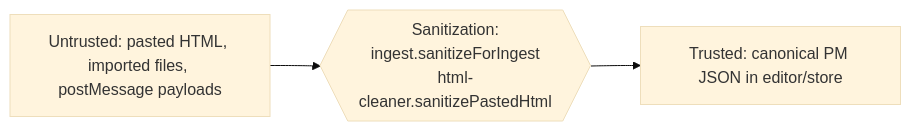
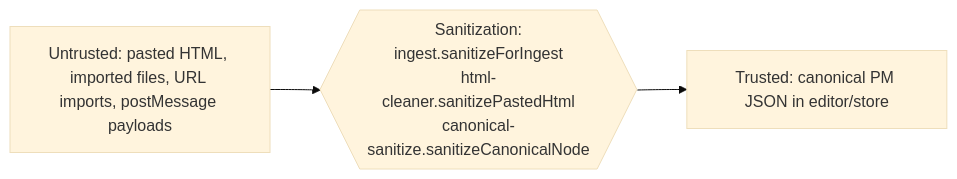
One commit to Perssonify/Markdown-Studio changed the second of 2 diagrams in docs/data-pipeline.md. Above: the diagram before and after it, drawn with Mermaid (base theme). The commit also changed other lines of this file and 35 other files, not shown here.

````diff
--- a/docs/data-pipeline.md
+++ b/docs/data-pipeline.md
@@ -122,7 +134,7 @@
 ```mermaid
 flowchart LR
-    untrusted["Untrusted: pasted HTML, imported files, postMessage payloads"]
-    boundary{{"Sanitization:<br/>ingest.sanitizeForIngest<br/>html-cleaner.sanitizePastedHtml"}}
+    untrusted["Untrusted: pasted HTML, imported files, URL imports, postMessage payloads"]
+    boundary{{"Sanitization:<br/>ingest.sanitizeForIngest<br/>html-cleaner.sanitizePastedHtml<br/>canonical-sanitize.sanitizeCanonicalNode"}}
     trusted["Trusted: canonical PM JSON in editor/store"]
     untrusted --> boundary --> trusted
 ```
````
